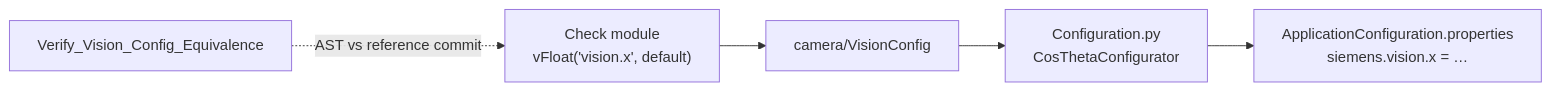
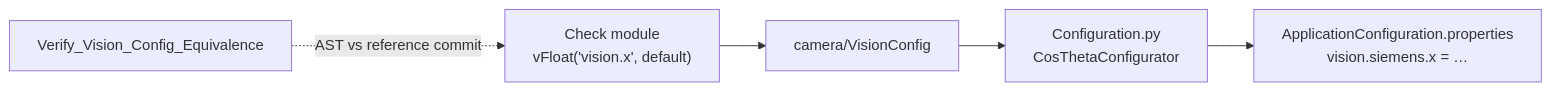
One commit to UBags/AshokLeyland_Machine2 changed the ninth of 9 diagrams in README.md. Above: the diagram before and after it, drawn with Mermaid. The commit also changed other lines of this file and 76 other files, not shown here.

````diff
--- a/README.md
+++ b/README.md
@@ -403,7 +403,7 @@
 ```mermaid
 flowchart LR
   CODE["Check module<br/>vFloat('vision.x', default)"] --> VC["camera/VisionConfig"]
   VC --> CFG["Configuration.py<br/>CosThetaConfigurator"]
-  CFG --> PROP["ApplicationConfiguration.properties<br/>siemens.vision.x = …"]
+  CFG --> PROP["ApplicationConfiguration.properties<br/>vision.siemens.x = …"]
   VER["Verify_Vision_Config_Equivalence"] -. "AST vs reference commit" .-> CODE
 ```
````
